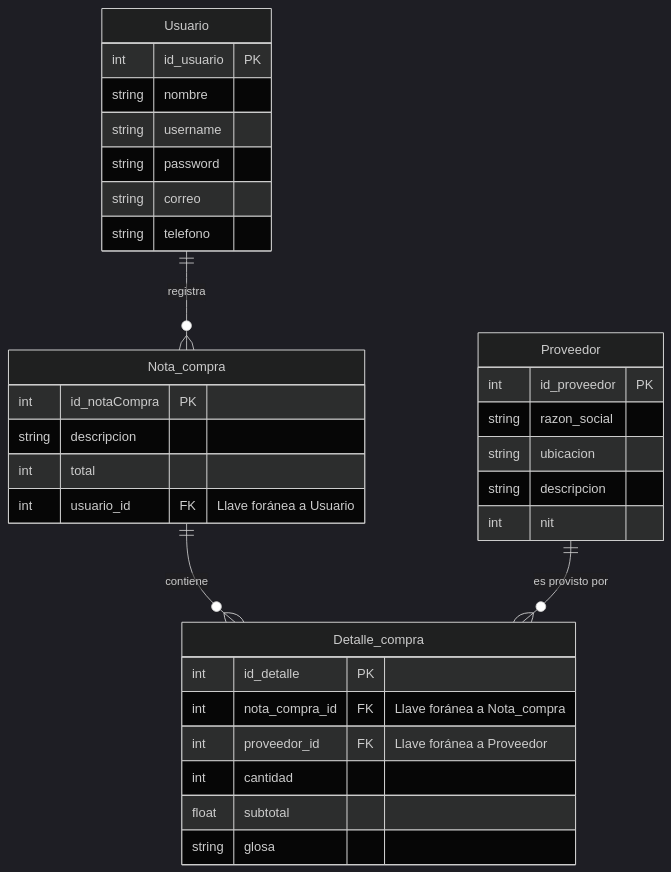
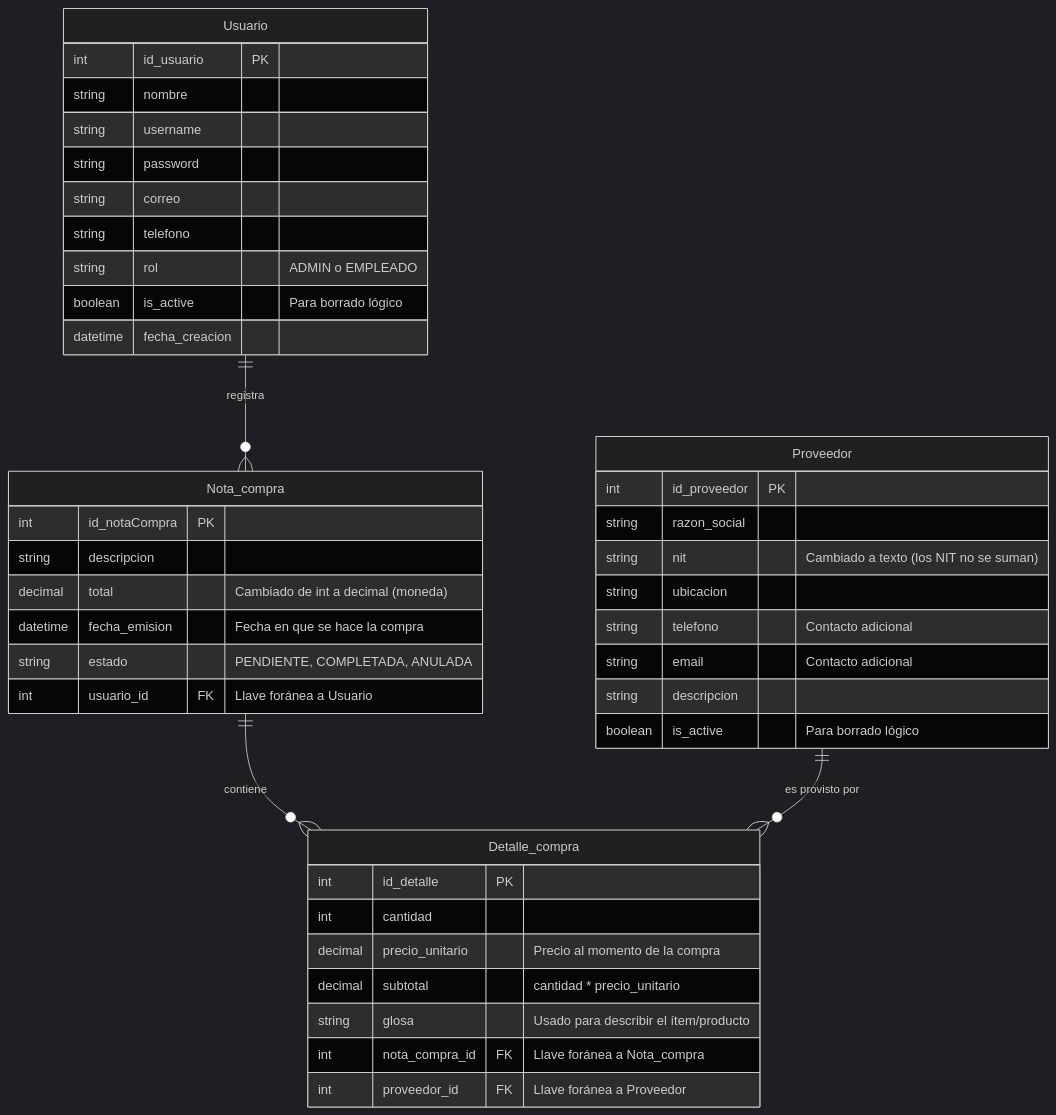
Before and after one commit to AireyuC/simpleSoftware2: the diagram in Docs/database_schema.md, drawn with Mermaid (dark theme). The commit also changed other lines of this file, not shown here.

Commit message:
actualizacion del esquema

````diff
--- a/Docs/database_schema.md
+++ b/Docs/database_schema.md
@@ -7,39 +9,48 @@
 ```mermaid
 erDiagram
     Usuario ||--o{ Nota_compra : "registra"
     Nota_compra ||--o{ Detalle_compra : "contiene"
     Proveedor ||--o{ Detalle_compra : "es provisto por"
 
     Usuario {
         int id_usuario PK
         string nombre
         string username
         string password
         string correo
         string telefono
+        string rol "ADMIN o EMPLEADO"
+        boolean is_active "Para borrado lógico"
+        datetime fecha_creacion
     }
 
     Nota_compra {
         int id_notaCompra PK
         string descripcion
-        int total
+        decimal total "Cambiado de int a decimal (moneda)"
+        datetime fecha_emision "Fecha en que se hace la compra"
+        string estado "PENDIENTE, COMPLETADA, ANULADA"
         int usuario_id FK "Llave foránea a Usuario"
     }
 
     Proveedor {
         int id_proveedor PK
         string razon_social
+        string nit "Cambiado a texto (los NIT no se suman)"
         string ubicacion
+        string telefono "Contacto adicional"
+        string email "Contacto adicional"
         string descripcion
-        int nit
+        boolean is_active "Para borrado lógico"
     }
 
     Detalle_compra {
         int id_detalle PK
+        int cantidad
+        decimal precio_unitario "Precio al momento de la compra"
+        decimal subtotal "cantidad * precio_unitario"
+        string glosa "Usado para describir el ítem/producto"
         int nota_compra_id FK "Llave foránea a Nota_compra"
         int proveedor_id FK "Llave foránea a Proveedor"
-        int cantidad
-        float subtotal
-        string glosa
     }
 ```
````
